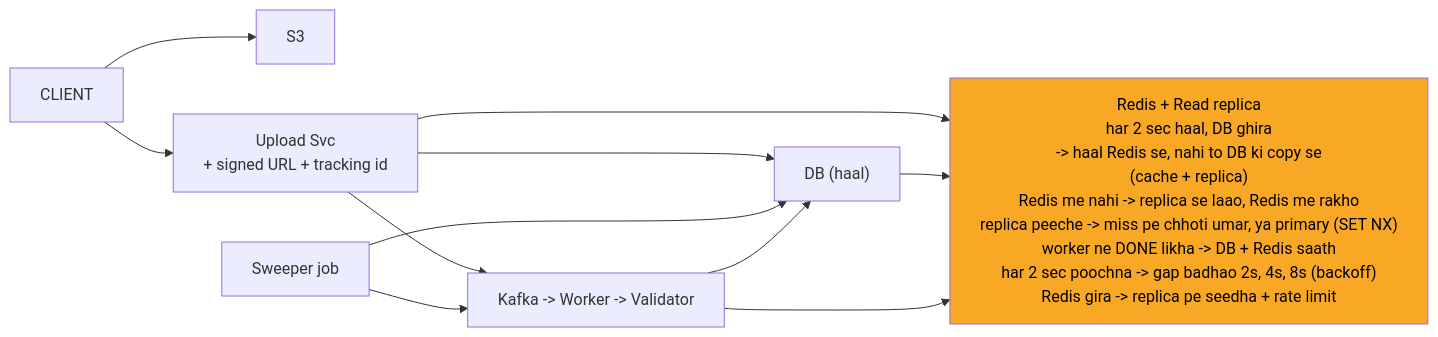
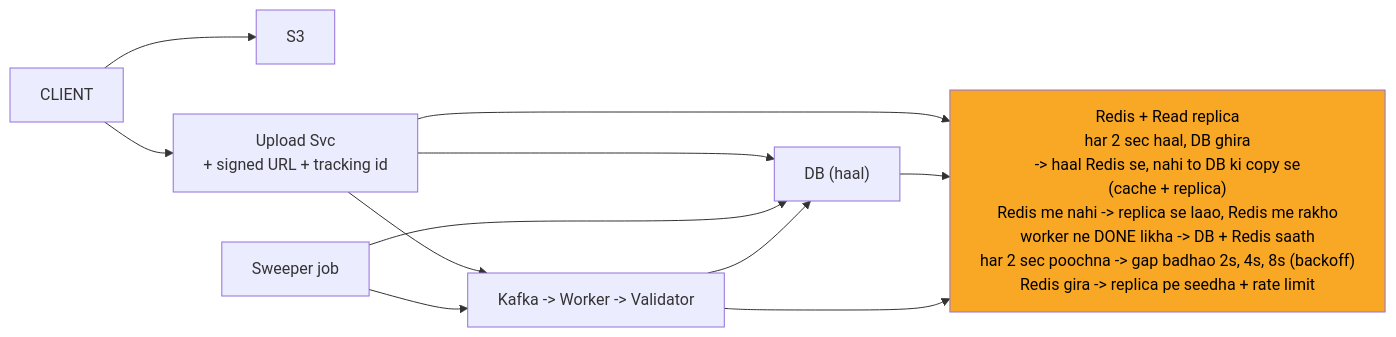
Before and after one commit to ArpanMaheshwari144/Prep: the sixth of 11 diagrams in 04_HLD/SYSTEM_DESIGNS/07_file_upload_validate_system/07_file_upload_INTERVIEW.md, drawn with Mermaid. The commit also changed other lines of this file and 13 other files, not shown here.

````diff
--- a/04_HLD/SYSTEM_DESIGNS/07_file_upload_validate_system/07_file_upload_INTERVIEW.md
+++ b/04_HLD/SYSTEM_DESIGNS/07_file_upload_validate_system/07_file_upload_INTERVIEW.md
@@ -259,22 +259,22 @@
 ```mermaid
 %%{init: {"flowchart": {"wrappingWidth": 450}}}%%
 flowchart LR
     n_CLIENT["CLIENT"]
     n_S3["S3"]
     n_Upload_Svc["Upload Svc<br/>+ signed URL + tracking id"]
-    n_RC["Redis + Read replica<br/>har 2 sec haal, DB ghira<br/>-> haal Redis se, nahi to DB ki copy se<br/>(cache + replica)<br/>Redis me nahi -> replica se laao, Redis me rakho<br/>replica peeche -> miss pe chhoti umar, ya primary (SET NX)<br/>worker ne DONE likha -> DB + Redis saath<br/>har 2 sec poochna -> gap badhao 2s, 4s, 8s (backoff)<br/>Redis gira -> replica pe seedha + rate limit"]
+    n_RC["Redis + Read replica<br/>har 2 sec haal, DB ghira<br/>-> haal Redis se, nahi to DB ki copy se<br/>(cache + replica)<br/>Redis me nahi -> replica se laao, Redis me rakho<br/>worker ne DONE likha -> DB + Redis saath<br/>har 2 sec poochna -> gap badhao 2s, 4s, 8s (backoff)<br/>Redis gira -> replica pe seedha + rate limit"]
     n_DB["DB (haal)"]
     n_Sweeper_job["Sweeper job"]
     n_CHAIN["Kafka -> Worker -> Validator"]
     n_CLIENT --> n_S3
     n_CLIENT --> n_Upload_Svc
     n_Upload_Svc --> n_RC
     n_Upload_Svc --> n_DB
     n_DB --> n_RC
     n_Upload_Svc --> n_CHAIN
     n_Sweeper_job --> n_DB
     n_Sweeper_job --> n_CHAIN
     n_CHAIN --> n_DB
     n_CHAIN --> n_RC
     style n_RC fill:#f9a825,color:#000
 ```
````
